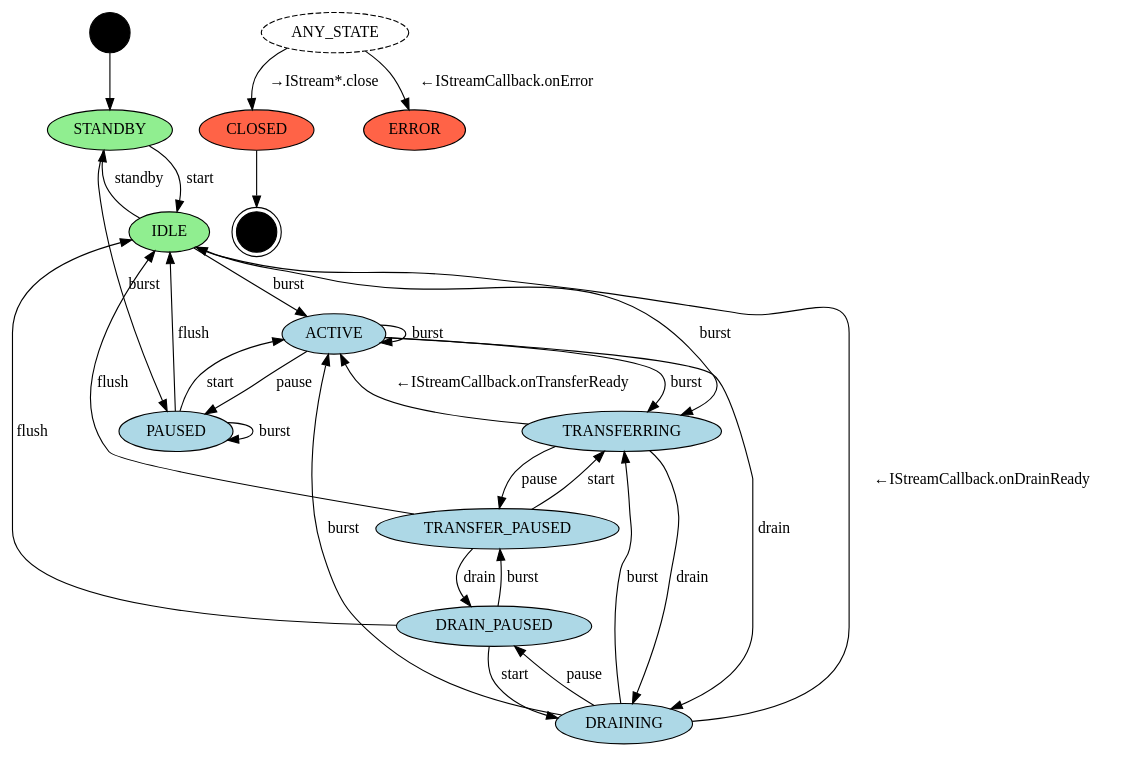
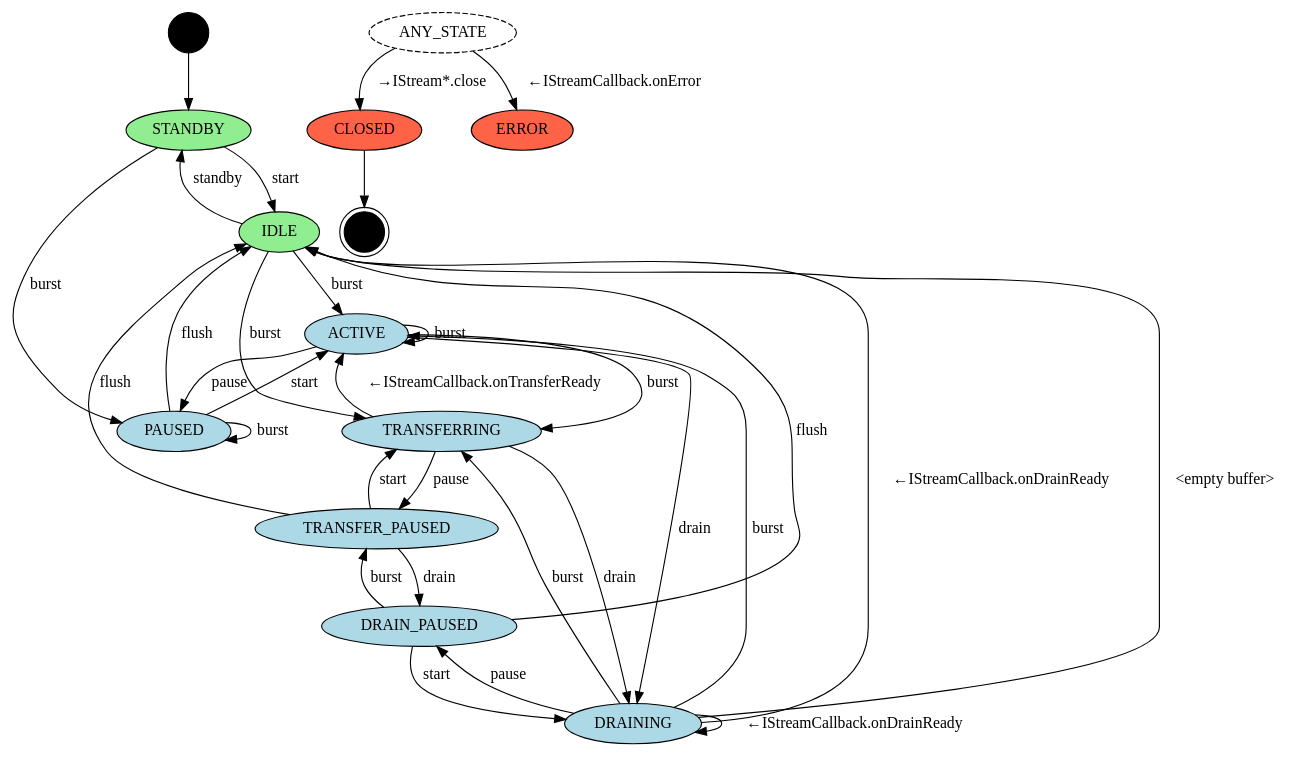
Before and after one commit to msft-mirror-aosp/platform.hardware.interfaces: the diagram in audio/aidl/android/hardware/audio/core/stream-out-async-sm.gv, drawn with Graphviz. The commit also changed 5 other files, not shown here.

First line of the commit message:
audio: Allow Stream SM to stay in DRAINING state for early notify

```diff
--- a/audio/aidl/android/hardware/audio/core/stream-out-async-sm.gv
+++ b/audio/aidl/android/hardware/audio/core/stream-out-async-sm.gv
@@ -1,57 +1,59 @@
 // Copyright (C) 2022 The Android Open Source Project
 //
 // Licensed under the Apache License, Version 2.0 (the "License");
 // you may not use this file except in compliance with the License.
 // You may obtain a copy of the License at
 //
 //      http://www.apache.org/licenses/LICENSE-2.0
 //
 // Unless required by applicable law or agreed to in writing, software
 // distributed under the License is distributed on an "AS IS" BASIS,
 // WITHOUT WARRANTIES OR CONDITIONS OF ANY KIND, either express or implied.
 // See the License for the specific language governing permissions and
 // limitations under the License.
 
 // To render: dot -Tpng stream-out-async-sm.gv -o stream-out-async-sm.png
 digraph stream_out_async_state_machine {
     node [shape=point style=filled fillcolor=black width=0.5] I;
     node [shape=doublecircle width=0.5] F;
     node [shape=oval width=1];
     node [fillcolor=lightgreen] STANDBY;  // buffer is empty
     node [fillcolor=lightgreen] IDLE;     // buffer is empty
     node [fillcolor=tomato] CLOSED;
     node [fillcolor=tomato] ERROR;
     node [style=dashed] ANY_STATE;
     node [fillcolor=lightblue style=filled];
     // Note that when the consumer (h/w) is passive, "burst" operations
     // complete synchronously, bypassing the TRANSFERRING state.
     I -> STANDBY;
     STANDBY -> IDLE [label="start"];                  // consumer -> active
     STANDBY -> PAUSED [label="burst"];                // producer -> active
     IDLE -> STANDBY [label="standby"];                // consumer -> passive
     IDLE -> TRANSFERRING [label="burst"];             // producer -> active
     IDLE -> ACTIVE [label="burst"];                   // full write
     ACTIVE -> PAUSED [label="pause"];                 // consumer -> passive (not consuming)
     ACTIVE -> DRAINING [label="drain"];               // producer -> passive
     ACTIVE -> TRANSFERRING [label="burst"];           // early unblocking
     ACTIVE -> ACTIVE [label="burst"];                 // full write
     TRANSFERRING -> ACTIVE [label="←IStreamCallback.onTransferReady"];
     TRANSFERRING -> TRANSFER_PAUSED [label="pause"];  // consumer -> passive (not consuming)
     TRANSFERRING -> DRAINING [label="drain"];         // producer -> passive
     TRANSFER_PAUSED -> TRANSFERRING [label="start"];  // consumer -> active
     TRANSFER_PAUSED -> DRAIN_PAUSED [label="drain"];  // producer -> passive
     TRANSFER_PAUSED -> IDLE [label="flush"];          // buffer is cleared
     PAUSED -> PAUSED [label="burst"];
     PAUSED -> ACTIVE [label="start"];                 // consumer -> active
     PAUSED -> IDLE [label="flush"];                   // producer -> passive, buffer is cleared
     DRAINING -> IDLE [label="←IStreamCallback.onDrainReady"];
+    DRAINING -> DRAINING [label="←IStreamCallback.onDrainReady"];  // allowed for `DRAIN_EARLY_NOTIFY`
+    DRAINING -> IDLE [label="<empty buffer>"];        // allowed for `DRAIN_EARLY_NOTIFY`
     DRAINING -> TRANSFERRING [label="burst"];         // producer -> active
     DRAINING -> ACTIVE [label="burst"];               // full write
     DRAINING -> DRAIN_PAUSED [label="pause"];         // consumer -> passive (not consuming)
     DRAIN_PAUSED -> DRAINING [label="start"];         // consumer -> active
     DRAIN_PAUSED -> TRANSFER_PAUSED [label="burst"];  // producer -> active
     DRAIN_PAUSED -> IDLE [label="flush"];             // buffer is cleared
     ANY_STATE -> ERROR [label="←IStreamCallback.onError"];
     ANY_STATE -> CLOSED [label="→IStream*.close"];
     CLOSED -> F;
 }
```
